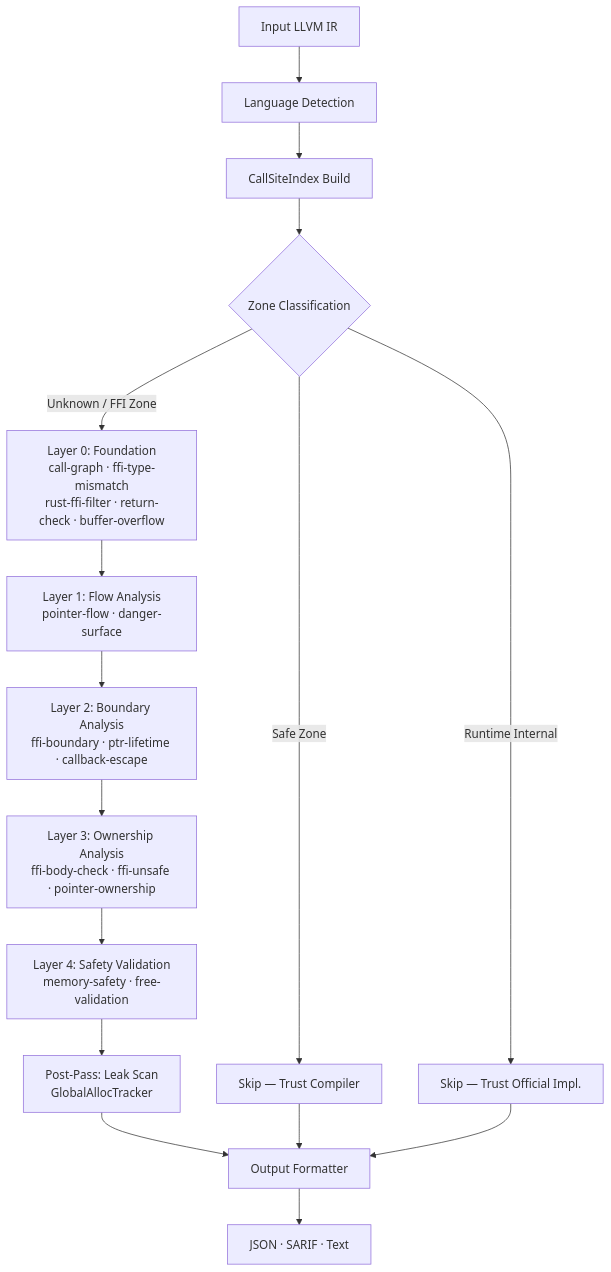
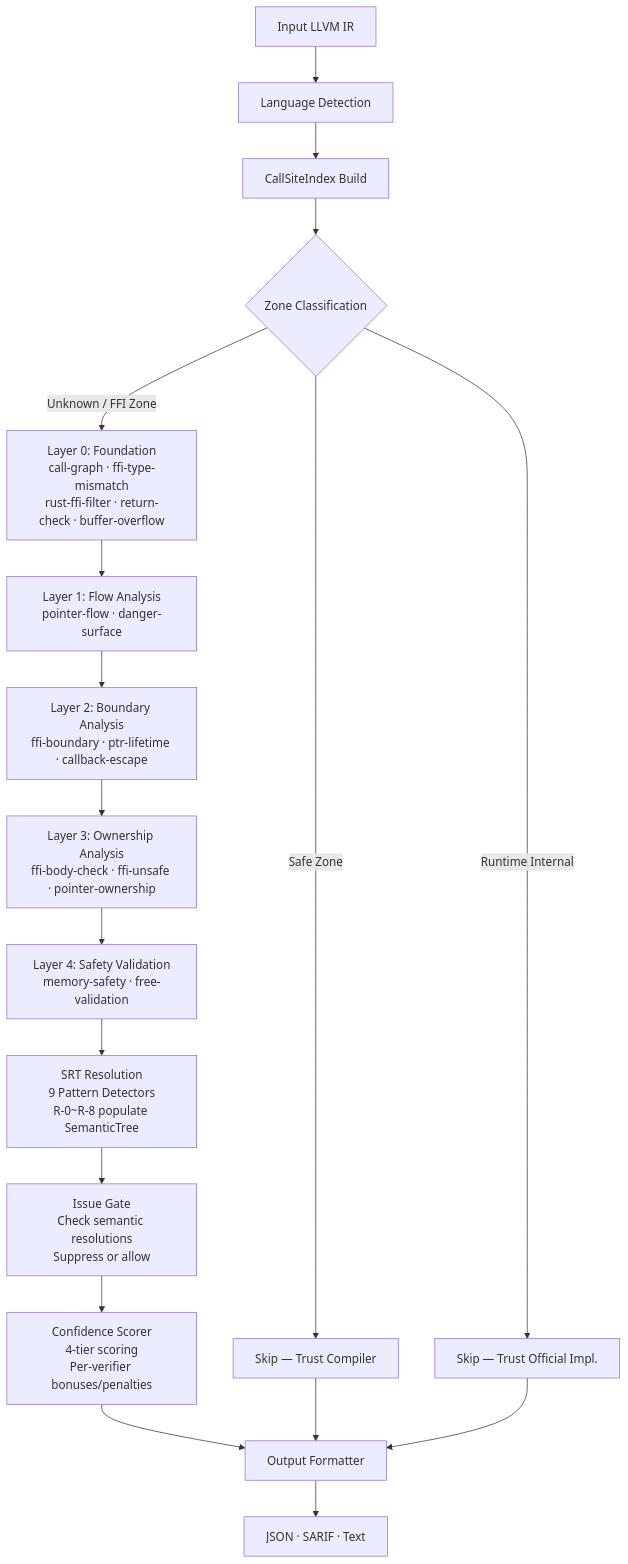
The third of 3 diagrams in README.md (Timwood0x10/OmniScope), drawn with Mermaid before and after one commit. The commit also changed other lines of this file and 11 other files, not shown here.

````diff
--- a/README.md
+++ b/README.md
@@ -183,21 +235,23 @@
 ```mermaid
 flowchart TD
     Start[Input LLVM IR] --> LangDetect[Language Detection]
     LangDetect --> CSI[CallSiteIndex Build]
     CSI --> Zone{Zone Classification}
-    
+
     Zone -->|Safe Zone| Skip1[Skip — Trust Compiler]
     Zone -->|Runtime Internal| Skip2[Skip — Trust Official Impl.]
     Zone -->|Unknown / FFI Zone| L0[Layer 0: Foundation<br/>call-graph · ffi-type-mismatch<br/>rust-ffi-filter · return-check · buffer-overflow]
-    
+
     L0 --> L1[Layer 1: Flow Analysis<br/>pointer-flow · danger-surface]
     L1 --> L2[Layer 2: Boundary Analysis<br/>ffi-boundary · ptr-lifetime · callback-escape]
     L2 --> L3[Layer 3: Ownership Analysis<br/>ffi-body-check · ffi-unsafe · pointer-ownership]
     L3 --> L4[Layer 4: Safety Validation<br/>memory-safety · free-validation]
-    L4 --> Post[Post-Pass: Leak Scan<br/>GlobalAllocTracker]
-    Post --> Formatter[Output Formatter]
-    
+    L4 --> SRT[SRT Resolution<br/>9 Pattern Detectors<br/>R-0~R-8 populate SemanticTree]
+    SRT --> IG[Issue Gate<br/>Check semantic resolutions<br/>Suppress or allow]
+    IG --> CS[Confidence Scorer<br/>4-tier scoring<br/>Per-verifier bonuses/penalties]
+    CS --> Formatter[Output Formatter]
+
     Skip1 --> Formatter
     Skip2 --> Formatter
     Formatter --> Output[JSON · SARIF · Text]
 ```
````
